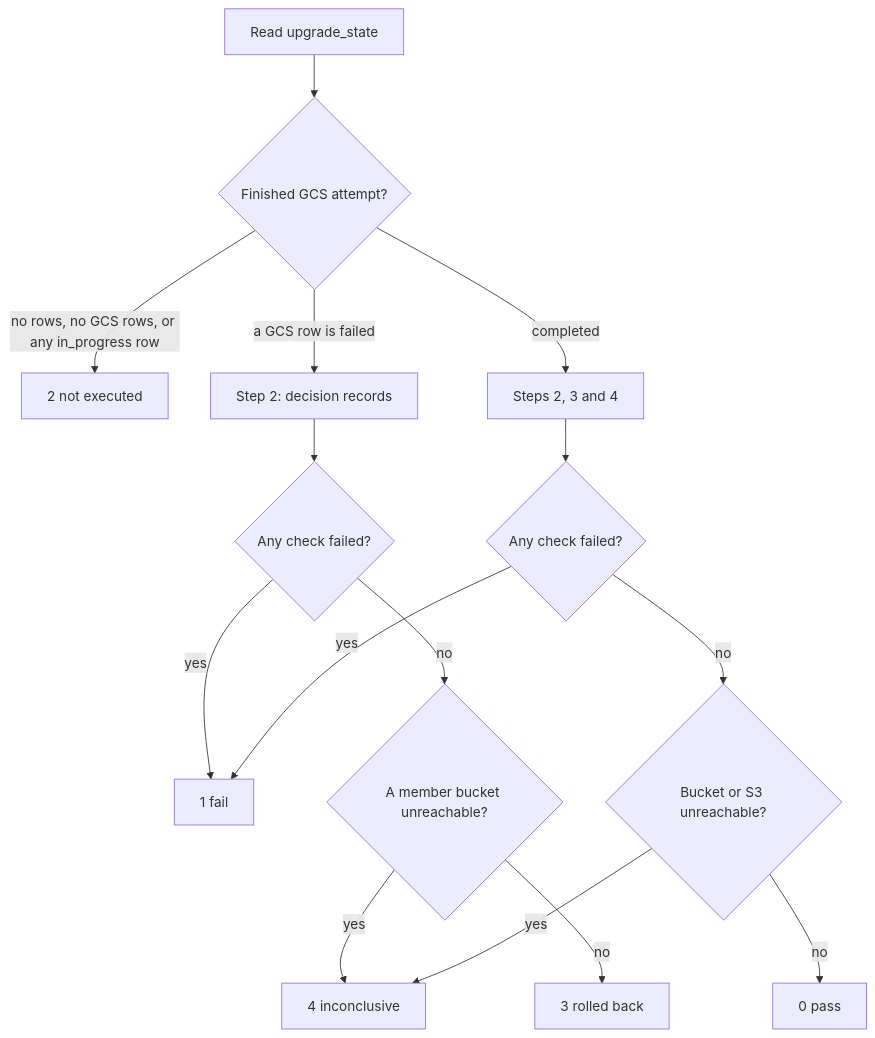
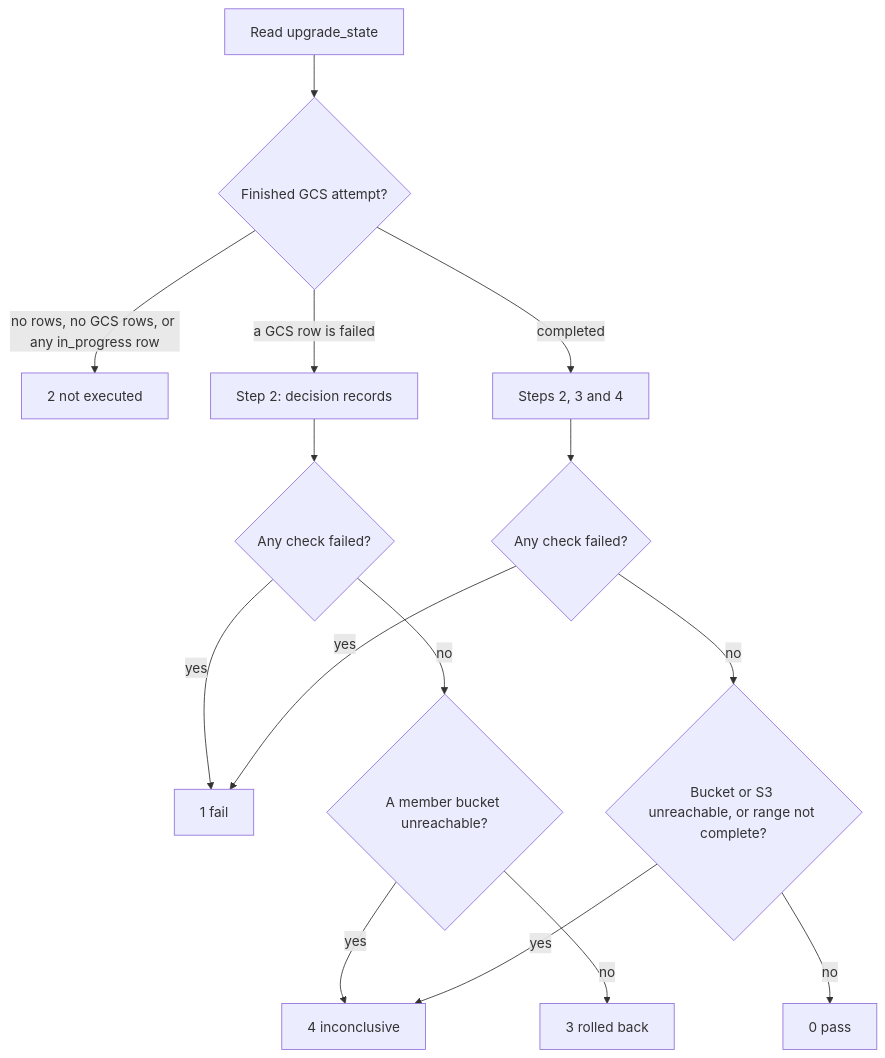
One commit to zama-ai/fhevm changed the diagram in coprocessor/fhevm-engine/upgrade-controller/upgrade-check.md. Above: the diagram before and after it, drawn with Mermaid. The commit also changed other lines of this file and 3 other files, not shown here.

````diff
--- a/coprocessor/fhevm-engine/upgrade-controller/upgrade-check.md
+++ b/coprocessor/fhevm-engine/upgrade-controller/upgrade-check.md
@@ -58,17 +59,17 @@
 ```mermaid
 flowchart TD
     A[Read upgrade_state] --> B{Finished GCS attempt?}
     B -- "no rows, no GCS rows, or any in_progress row" --> N[2 not executed]
     B -- "a GCS row is failed" --> R[Step 2: decision records]
     B -- "completed" --> S[Steps 2, 3 and 4]
     R --> R1{Any check failed?}
     R1 -- yes --> F[1 fail]
     R1 -- no --> R2{A member bucket unreachable?}
     R2 -- yes --> I[4 inconclusive]
     R2 -- no --> RB[3 rolled back]
     S --> S1{Any check failed?}
     S1 -- yes --> F
-    S1 -- no --> S2{Bucket or S3 unreachable?}
+    S1 -- no --> S2{Bucket or S3 unreachable, or range not complete?}
     S2 -- yes --> I
     S2 -- no --> P[0 pass]
 ```
````
